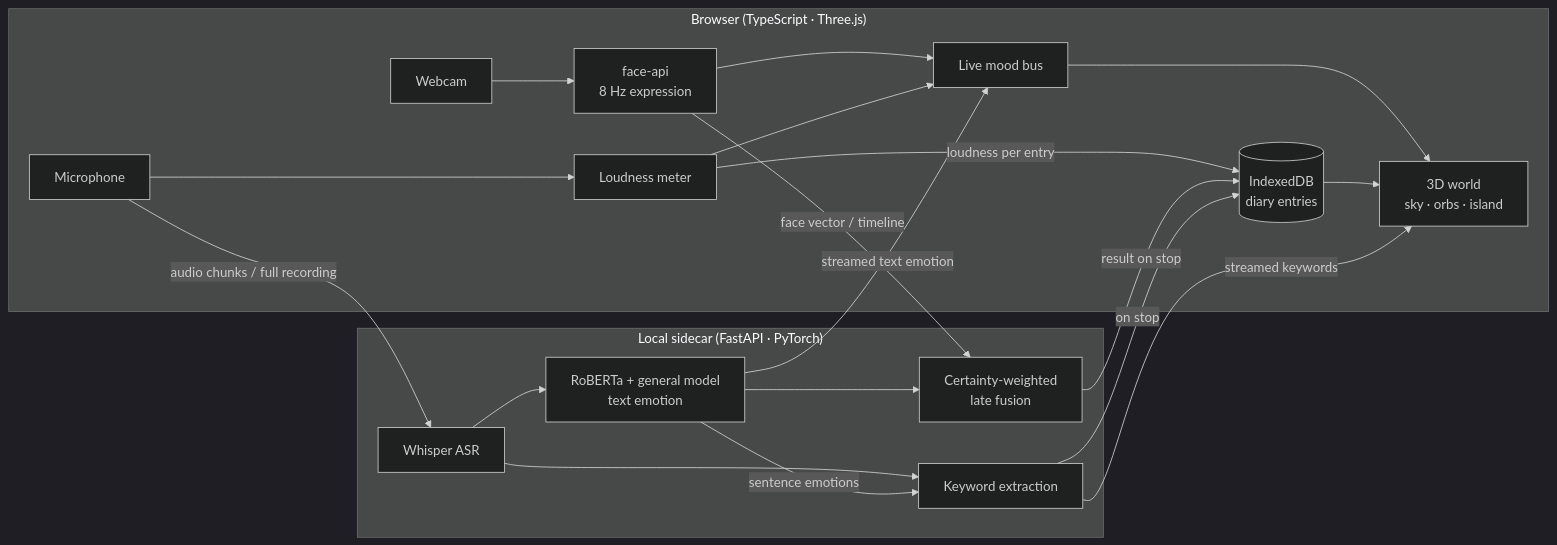
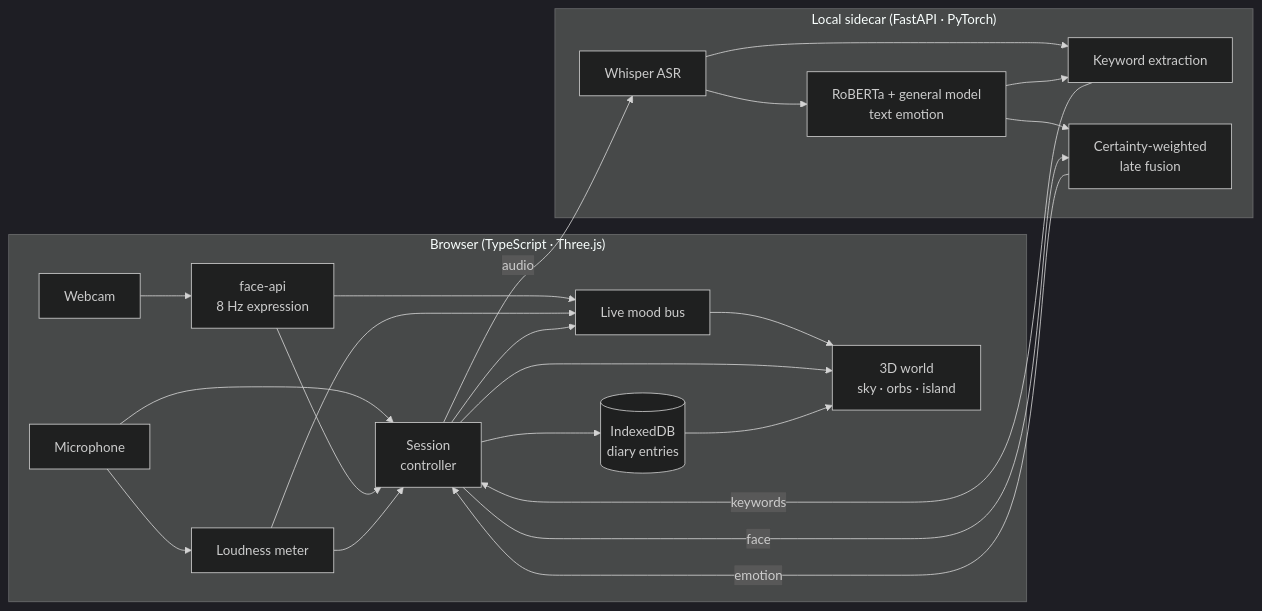
One commit to SebastiaanVryens/Affective_Computing_Research_Project changed the diagram in README.md. Above: the diagram before and after it, drawn with Mermaid (dark theme).

````diff
--- a/README.md
+++ b/README.md
@@ -69,24 +69,27 @@
 ```mermaid
 flowchart LR
   subgraph Browser["Browser (TypeScript · Three.js)"]
     CAM[Webcam] --> FACE[face-api<br/>8 Hz expression]
     MIC[Microphone] --> LVL[Loudness meter]
     FACE --> MOOD[Live mood bus]
     LVL --> MOOD
     MOOD --> WORLD[3D world<br/>sky · orbs · island]
-    LVL -- loudness per entry --> DB
-    DB[(IndexedDB<br/>diary entries)] --> WORLD
+    MIC --> SES[Session<br/>controller]
+    FACE --> SES
+    LVL --> SES
+    SES --> MOOD
+    SES --> WORLD
+    SES --> DB[(IndexedDB<br/>diary entries)]
+    DB --> WORLD
   end
   subgraph Sidecar["Local sidecar (FastAPI · PyTorch)"]
     ASR[Whisper ASR] --> TXT[RoBERTa + general model<br/>text emotion]
     ASR --> KW[Keyword extraction]
-    TXT -- sentence emotions --> KW
+    TXT --> KW
     TXT --> FUS[Certainty-weighted<br/>late fusion]
   end
-  MIC -- audio chunks / full recording --> ASR
-  FACE -- face vector / timeline --> FUS
-  TXT -- streamed text emotion --> MOOD
-  KW -- streamed keywords --> WORLD
-  FUS -- result on stop --> DB
-  KW -- on stop --> DB
+  SES -- audio --> ASR
+  SES -- face --> FUS
+  FUS -- emotion --> SES
+  KW -- keywords --> SES
 ```
````
